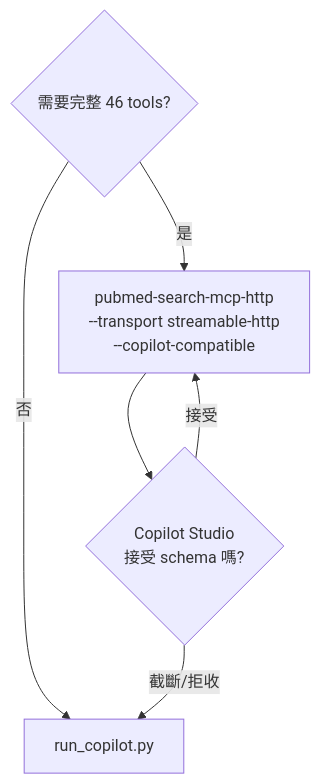
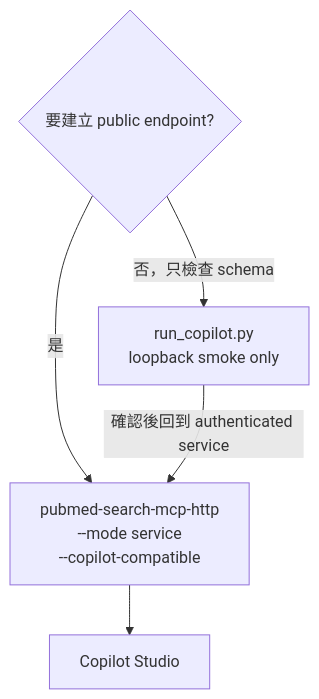
One commit to u9401066/pubmed-search-mcp changed diagram 11 of 12 in ARCHITECTURE.md. Above: the diagram before and after it, drawn with Mermaid. The commit also changed other lines of this file and 27 other files, not shown here.

Commit message:
docs: publish bilingual MCP v2 handbook sources

````diff
--- a/ARCHITECTURE.md
+++ b/ARCHITECTURE.md
@@ -512,13 +539,12 @@
 ```mermaid
 flowchart TD
-  Need{需要完整 46 tools?}
-  Full[pubmed-search-mcp-http\n--transport streamable-http\n--copilot-compatible]
-  Simplified[run_copilot.py]
-  Studio{Copilot Studio\n接受 schema 嗎?}
+  Publish{要建立 public endpoint?}
+  Full[pubmed-search-mcp-http\n--mode service\n--copilot-compatible]
+  Simplified[run_copilot.py\nloopback smoke only]
+  Studio[Copilot Studio]
 
-  Need -->|是| Full
-  Need -->|否| Simplified
+  Publish -->|是| Full
+  Publish -->|否，只檢查 schema| Simplified
+  Simplified -->|確認後回到 authenticated service| Full
   Full --> Studio
-  Studio -->|接受| Full
-  Studio -->|截斷/拒收| Simplified
 ```
````
